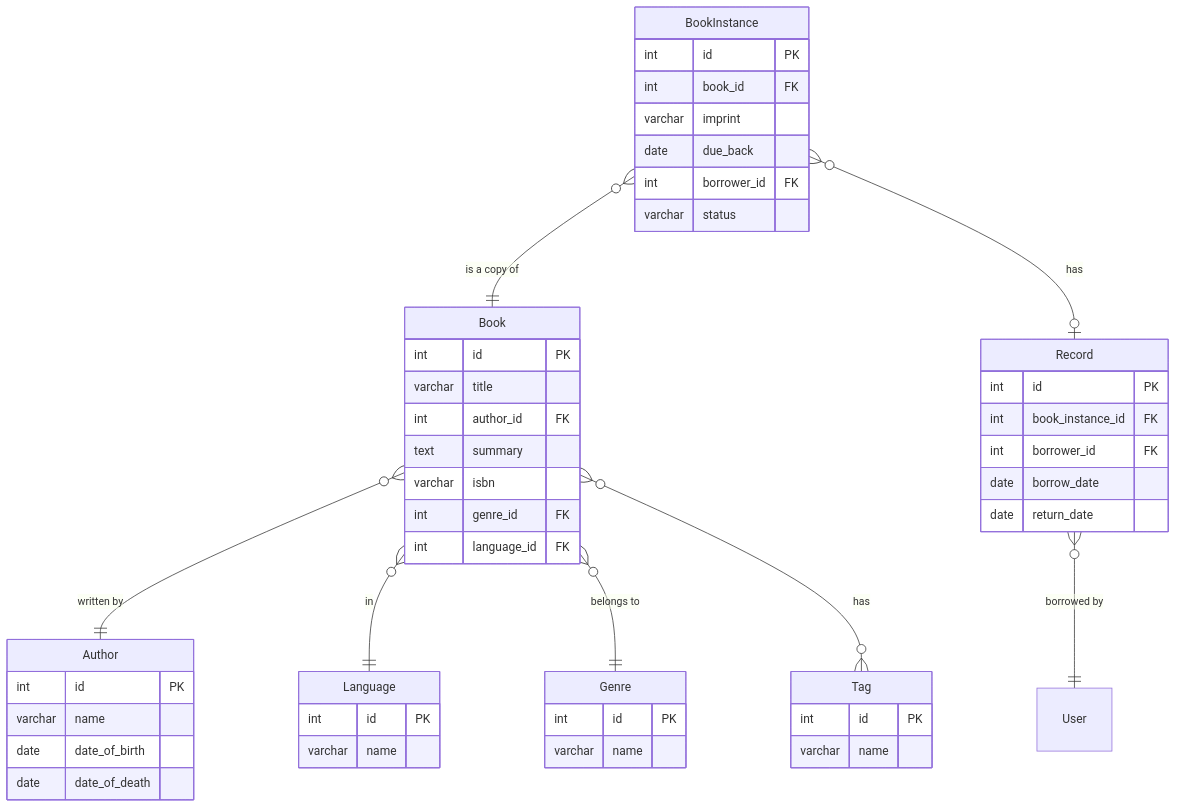
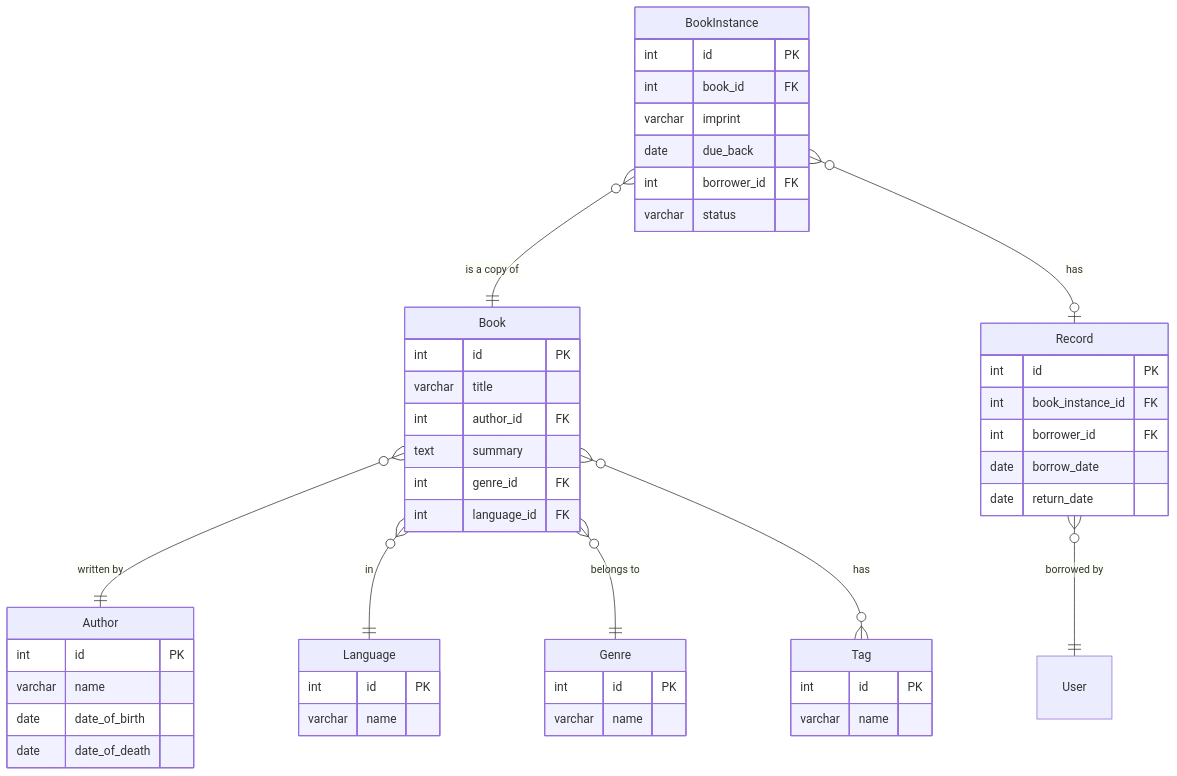
One commit to interset-wq/learner changed the diagram in AGENTS.md. Above: the diagram before and after it, drawn with Mermaid. The commit also changed other lines of this file and 11 other files, not shown here.

````diff
--- a/AGENTS.md
+++ b/AGENTS.md
@@ -108,59 +108,58 @@
 ```mermaid
 erDiagram
     Genre {
         int id PK
         varchar name
     }
 
     Language {
         int id PK
         varchar name
     }
 
     Author {
         int id PK
         varchar name
         date date_of_birth
         date date_of_death
     }
 
     Tag {
         int id PK
         varchar name
     }
 
     Book {
         int id PK
         varchar title
         int author_id FK
         text summary
-        varchar isbn
         int genre_id FK
         int language_id FK
     }
 
     BookInstance {
         int id PK
         int book_id FK
         varchar imprint
         date due_back
         int borrower_id FK
         varchar status
     }
 
     Record {
         int id PK
         int book_instance_id FK
         int borrower_id FK
         date borrow_date
         date return_date
     }
 
     Book }o--|| Author : "written by"
     Book }o--|| Language : "in"
     Book }o--|| Genre : "belongs to"
     Book }o--o{ Tag : "has"
     BookInstance }o--|| Book : "is a copy of"
     BookInstance }o--o| Record : "has"
     Record }o--|| User : "borrowed by"
 ```
````
